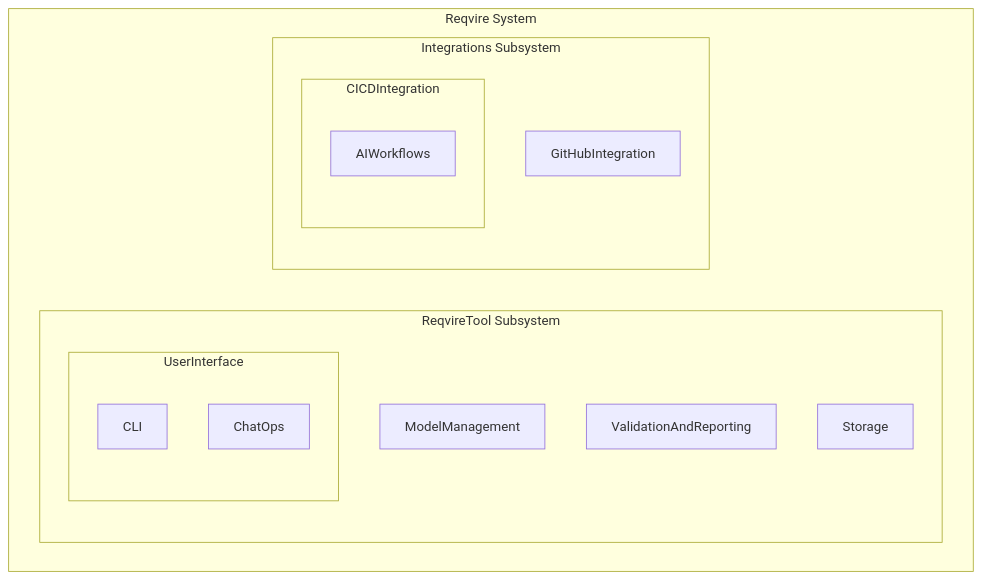
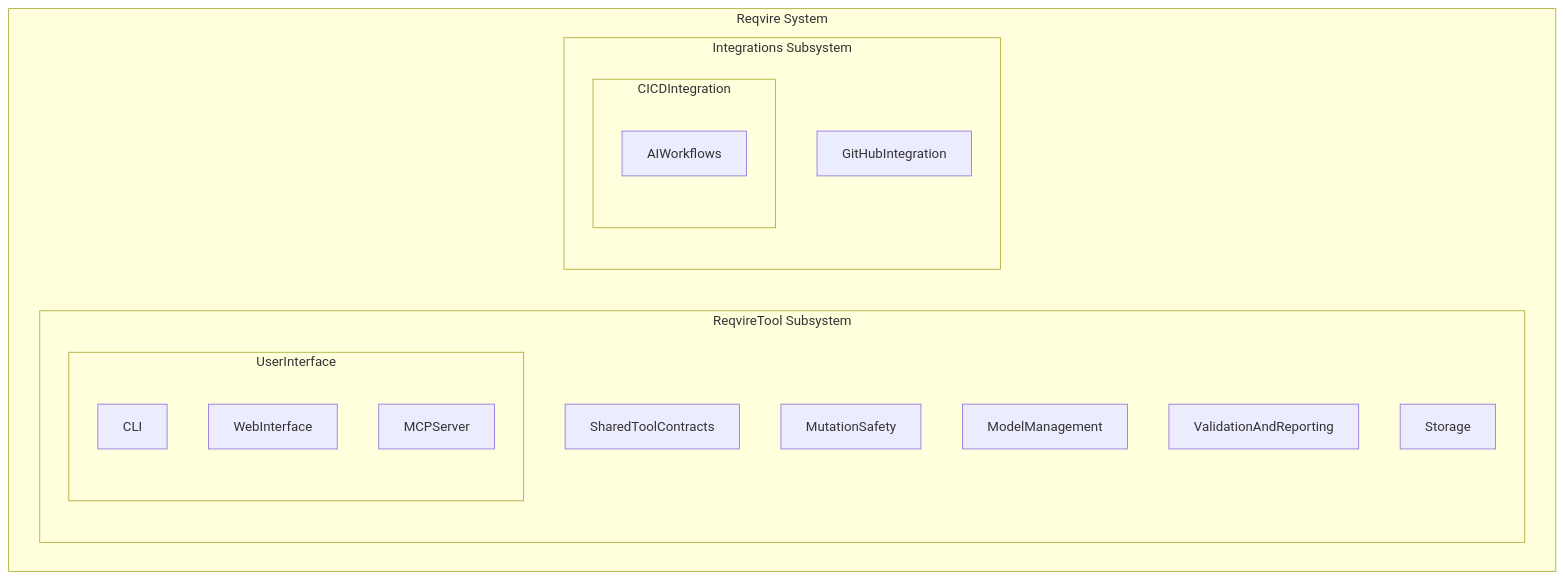
One commit to reqvire-org/reqvire changed the first of 3 diagrams in requirements/Architecture.md. Above: the diagram before and after it, drawn with Mermaid. The commit also changed other lines of this file and 58 other files, not shown here.

````diff
--- a/requirements/Architecture.md
+++ b/requirements/Architecture.md
@@ -9,21 +9,24 @@
 ```mermaid
 graph TD
     subgraph Reqvire["Reqvire System"]
         subgraph ReqvireTool["ReqvireTool Subsystem"]
             subgraph UserInterface["UserInterface"]
                 CLI["CLI"]
-                ChatOps["ChatOps"]
+                WebInterface["WebInterface"]
+                MCPServer["MCPServer"]
             end
+            SharedToolContracts["SharedToolContracts"]
+            MutationSafety["MutationSafety"]
             ModelManagement["ModelManagement"]
             ValidationAndReporting["ValidationAndReporting"]
             Storage["Storage"]
         end
 
         subgraph Integrations["Integrations Subsystem"]
             GitHubIntegration["GitHubIntegration"]
             subgraph CICDIntegration["CICDIntegration"]
                 AIWorkflows["AIWorkflows"]
             end
         end
     end
 ```
````
